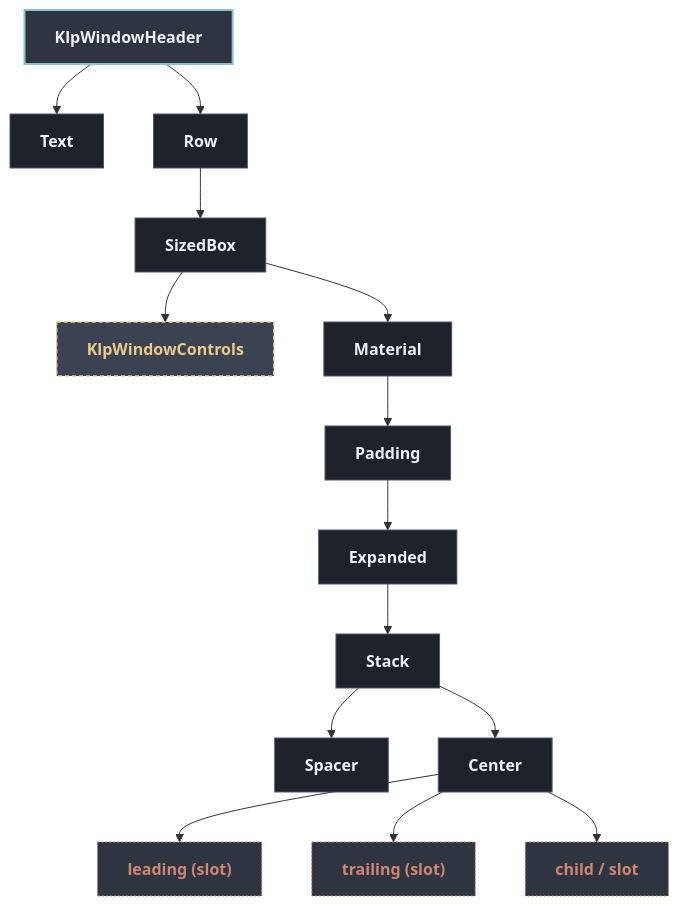
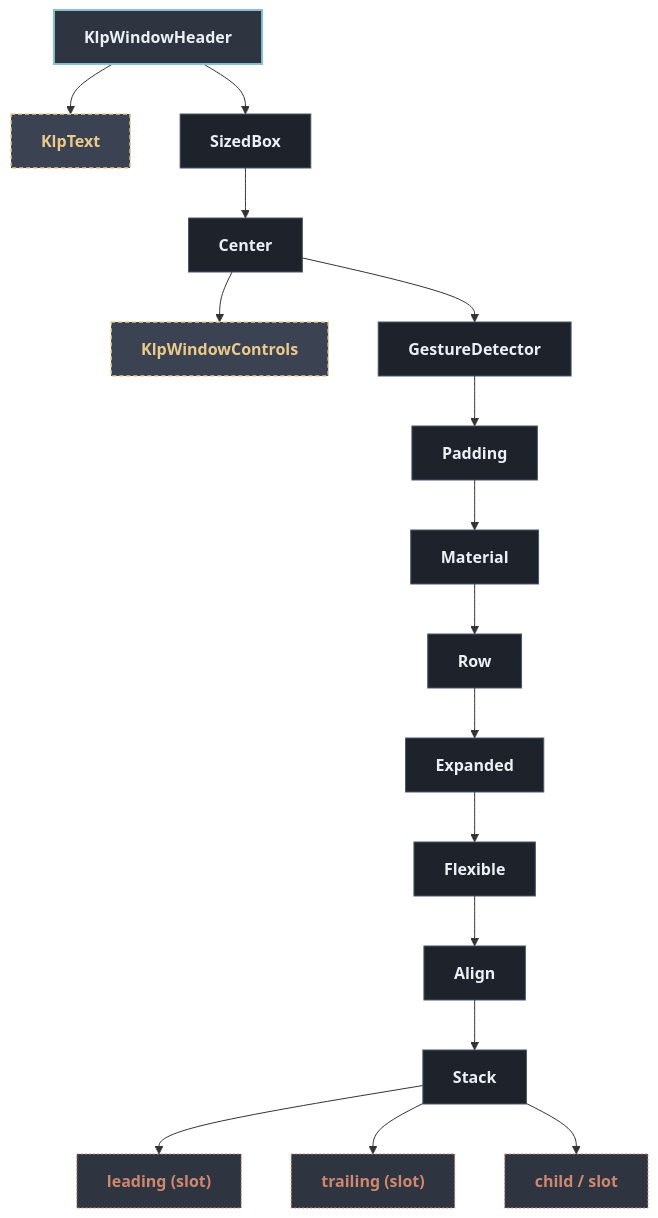
One commit to MiuDog/Kallopis changed the diagram in docs/architecture/components/shell/klp_window_header.md. Above: the diagram before and after it, drawn with Mermaid. The commit also changed other lines of this file and 1105 other files, not shown here.

Commit message:
refactor: establish semantic design architecture

````diff
--- a/docs/architecture/components/shell/klp_window_header.md
+++ b/docs/architecture/components/shell/klp_window_header.md
@@ -13,36 +13,40 @@
 ```mermaid
 flowchart TD
   classDef default fill:#1E222B,stroke:#4C566A,stroke-width:1px,color:#ECEFF4;
   classDef root fill:#2E3440,stroke:#88C0D0,stroke-width:2px,color:#ECEFF4,font-weight:bold;
   classDef reference fill:#3B4252,stroke:#EBCB8B,stroke-width:1.5px,stroke-dasharray: 4 3,color:#EBCB8B;
   classDef container fill:#2E3440,stroke:#A3BE8C,stroke-width:1.5px,color:#A3BE8C;
   classDef slot fill:#2E3440,stroke:#D08770,stroke-width:1px,stroke-dasharray: 2 2,color:#D08770;
 
   root["KlpWindowHeader"]:::root
-  n1["Text"]
+  n1["KlpText"]:::reference
   root --> n1
-  n2["Row"]
+  n2["SizedBox"]
   root --> n2
-  n3["SizedBox"]
+  n3["Center"]
   n2 --> n3
   n4["KlpWindowControls"]:::reference
   n3 --> n4
-  n5["Material"]
+  n5["GestureDetector"]
   n3 --> n5
   n6["Padding"]
   n5 --> n6
-  n7["Expanded"]
+  n7["Material"]
   n6 --> n7
-  n8["Stack"]
+  n8["Row"]
   n7 --> n8
-  n9["Spacer"]
+  n9["Expanded"]
   n8 --> n9
-  n10["Center"]
-  n8 --> n10
-  n11["leading (slot)"]:::slot
+  n10["Flexible"]
+  n9 --> n10
+  n11["Align"]
   n10 --> n11
-  n12["trailing (slot)"]:::slot
-  n10 --> n12
-  n13["child / slot"]:::slot
-  n10 --> n13
+  n12["Stack"]
+  n11 --> n12
+  n13["leading (slot)"]:::slot
+  n12 --> n13
+  n14["trailing (slot)"]:::slot
+  n12 --> n14
+  n15["child / slot"]:::slot
+  n12 --> n15
 ```
````
